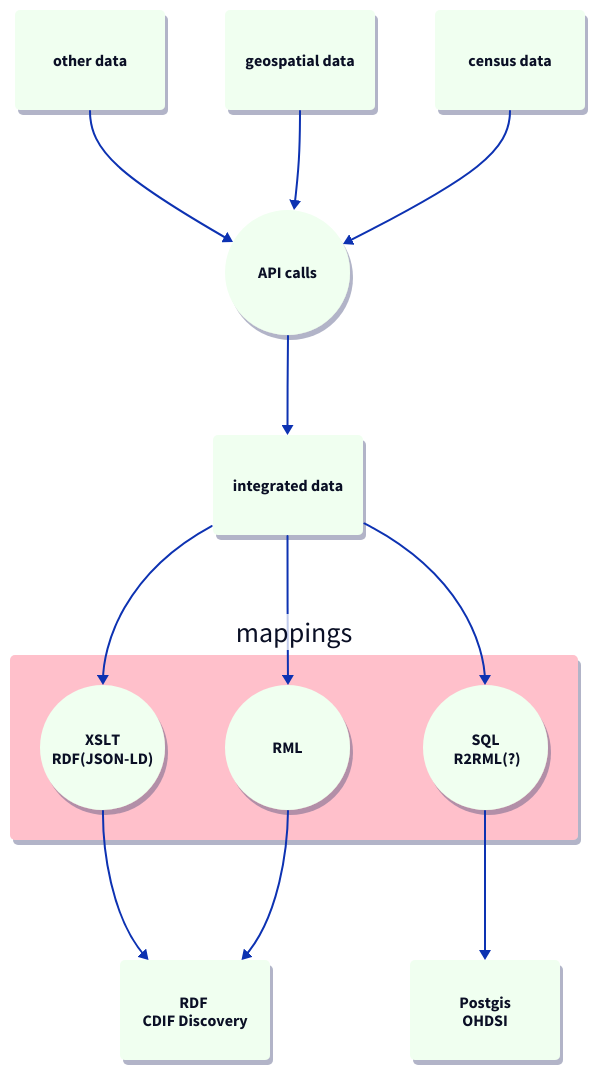
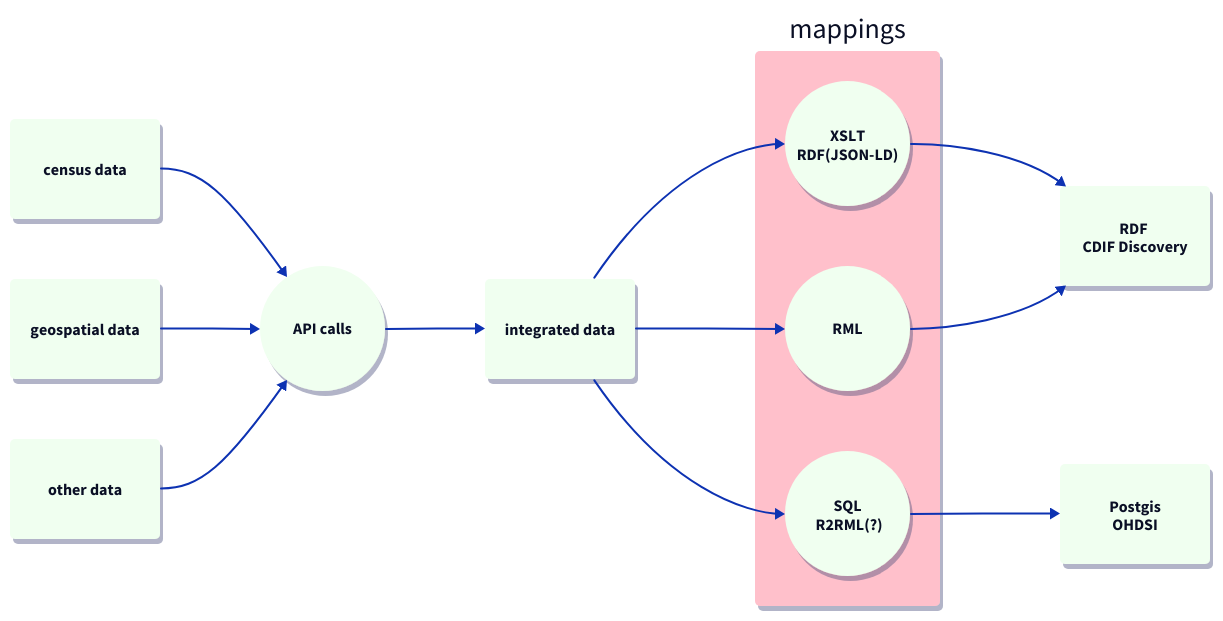
The diagram in mappings/flow.d2 (OHDSI/gaiaCatalog), drawn with D2 before and after one commit. The commit also changed 2 other files, not shown here.

Commit message:
Update `mappingRML.ipynb` for RML directory reference and streamline imports; refine `flow.d2` structure
- Changed reference of RML file location in `mappingRML.ipynb` and updated import statements by removing unused packages.
- Revised `flow.d2` with clearer flow direction and node configurations.
- Adjusted `flow.png` to reflect changes.

```diff
--- a/mappings/flow.d2
+++ b/mappings/flow.d2
@@ -1,71 +1,74 @@
-classes: {
+direction: right
 
-  node: {
-   shape: circle
-   width: 125
-   height: 125
-    style: {
-        stroke-width: 0
-       fill: honeydew
-       shadow: true
-       border-radius: 5
-  }
-}
-  point: {
-   width: 150
-      height: 100
-    style: {
-        stroke-width: 0
-       fill: honeydew
-       shadow: true
-       border-radius: 5
-  }
-}
-  group: {
-
-    style: {
-        stroke-width: 0
-       fill: pink
-       shadow: true
-       border-radius: 5
-  }
-}
-
-}
-
-*.class: point
-etl_curl.class: node
-mappings.class: group
-
+etl_curl: API calls
 c: census data
 g: geospatial data
 o: other data
-
 rdf: RDF \nCDIF Discovery
 is: integrated data
 ohdsi: Postgis\nOHDSI
 
-etl_curl: API calls
+c --> etl_curl
+g --> etl_curl
+o --> etl_curl
 
-o --> etl_curl
-g --> etl_curl
-c --> etl_curl --> is
+etl_curl --> is
 
 is --> mappings.xslt
 is --> mappings.RML
 is --> mappings.SQL
 
 mappings: {
 xslt: XSLT\nRDF(JSON-LD)
 SQL: SQL\n R2RML(?)
      RML
 
     RML.class: node
     SQL.class: node
     xslt.class: node
 
 }
 
 mappings.xslt --> rdf
 mappings.RML --> rdf
 mappings.SQL --> ohdsi
+
+
+classes: {
+
+      node: {
+       shape: circle
+       width: 125
+       height: 125
+        style: {
+            stroke-width: 0
+           fill: honeydew
+           shadow: true
+           border-radius: 5
+      }
+    }
+      point: {
+       width: 150
+          height: 100
+        style: {
+            stroke-width: 0
+           fill: honeydew
+           shadow: true
+           border-radius: 5
+      }
+    }
+      group: {
+
+        style: {
+            stroke-width: 0
+           fill: pink
+           shadow: true
+           border-radius: 5
+      }
+    }
+
+}
+
+*.class: point
+etl_curl.class: node
+mappings.class: group
```
